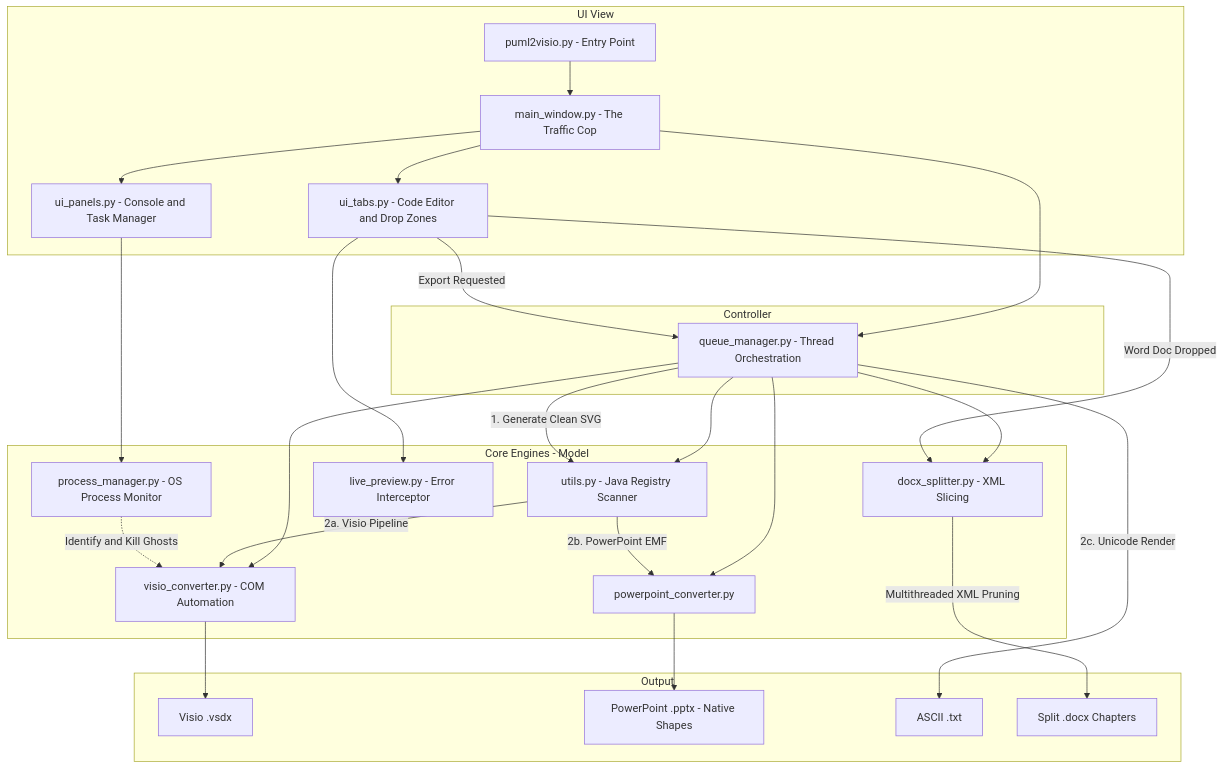
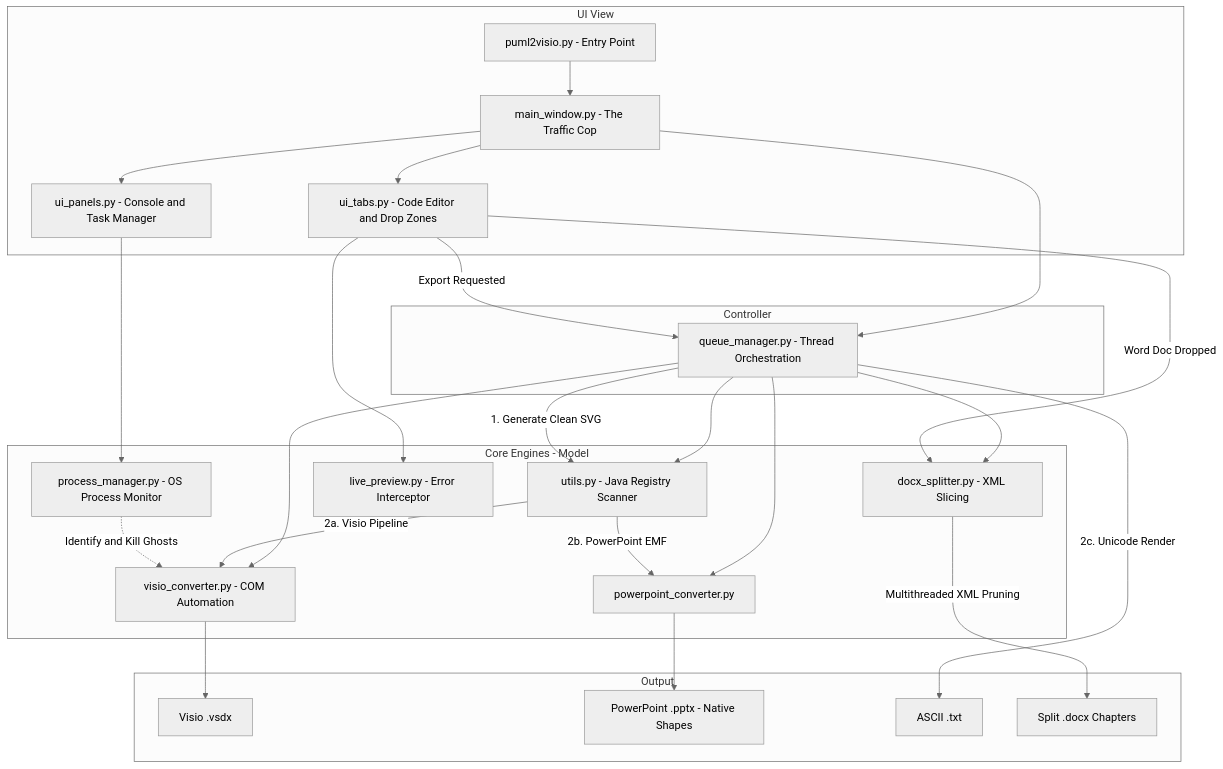
Before and after one commit to telekom/3gpp-meeting-tools: the diagram in puml2visio/README.md, drawn with Mermaid. The commit also changed other lines of this file, not shown here.

Commit message:
Nicer architecture diagram

````diff
--- a/puml2visio/README.md
+++ b/puml2visio/README.md
@@ -37,44 +39,45 @@
 ```mermaid
+%%{init: {'theme': 'neutral'}}%%
 graph TD
     subgraph view [UI View]
         E[puml2visio.py - Entry Point] --> M[main_window.py - The Traffic Cop]
         M --> T[ui_tabs.py - Code Editor and Drop Zones]
         M --> P[ui_panels.py - Console and Task Manager]
     end
 
     subgraph controller [Controller]
         M --> Q[queue_manager.py - Thread Orchestration]
     end
 
     subgraph model [Core Engines - Model]
         Q --> J[utils.py - Java Registry Scanner]
         Q --> V[visio_converter.py - COM Automation]
         Q --> PPT[powerpoint_converter.py]
         Q --> DOCX[docx_splitter.py - XML Slicing]
         T --> LP[live_preview.py - Error Interceptor]
         P --> PM[process_manager.py - OS Process Monitor]
     end
 
     subgraph output_group [Output]
         OutV[Visio .vsdx]
         OutP[PowerPoint .pptx - Native Shapes]
         OutA[ASCII .txt]
         OutW[Split .docx Chapters]
     end
 
     T -->|Export Requested| Q
     Q -->|1. Generate Clean SVG| J
     
     J -->|2a. Visio Pipeline| V
     V --> OutV
 
     J -->|2b. PowerPoint EMF| PPT
     PPT --> OutP
     
     Q -->|2c. Unicode Render| OutA
     
     T -->|Word Doc Dropped| DOCX
     DOCX -->|Multithreaded XML Pruning| OutW
     
     PM -.->|Identify and Kill Ghosts| V
 ```
````
